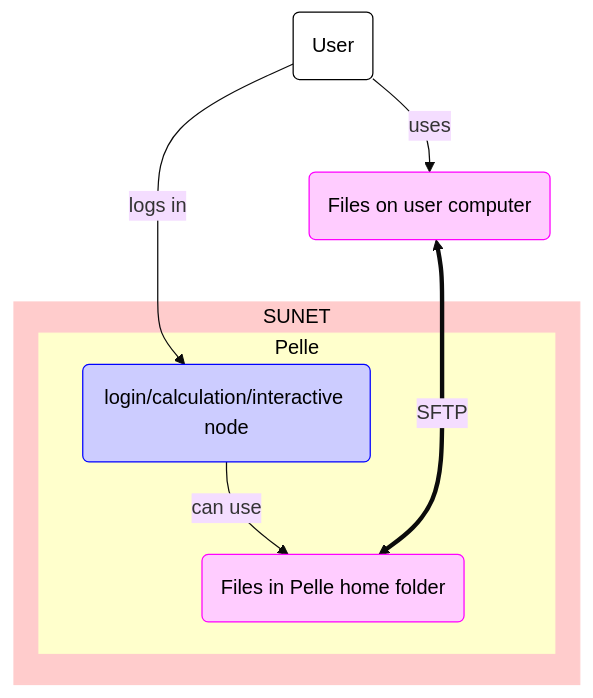
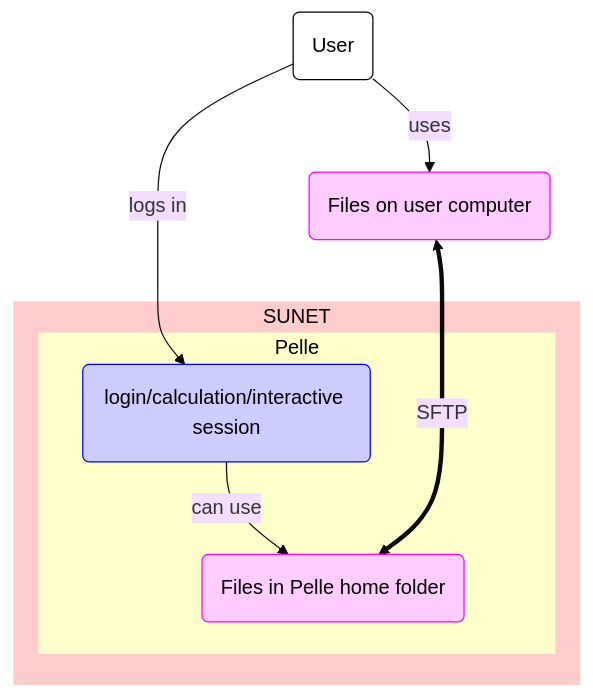
Before and after one commit to UPPMAX/UPPMAX-documentation: the diagram in docs/software/pelle_file_transfer_using_sftp.md, drawn with Mermaid (base theme). The commit also changed 22 other files, not shown here.

Commit message:
Use 'interactive session', #155

````diff
--- a/docs/software/pelle_file_transfer_using_sftp.md
+++ b/docs/software/pelle_file_transfer_using_sftp.md
@@ -56,36 +56,36 @@
 ```mermaid
 flowchart TD
 
     %% Give a white background to all nodes, instead of a transparent one
     classDef node fill:#fff,color:#000,stroke:#000
 
     %% Graph nodes for files and calculations
     classDef file_node fill:#fcf,color:#000,stroke:#f0f
     classDef calculation_node fill:#ccf,color:#000,stroke:#00f
 
     user(User)
       user_local_files(Files on user computer):::file_node
 
     subgraph sub_inside[SUNET]
       subgraph sub_pelle_shared_env[Pelle]
-          login_node(login/calculation/interactive node):::calculation_node
+          login_node(login/calculation/interactive session):::calculation_node
           files_in_pelle_home(Files in Pelle home folder):::file_node
       end
     end
 
     %% Shared subgraph color scheme
     %% style sub_outside fill:#ccc,color:#000,stroke:#ccc
     style sub_inside fill:#fcc,color:#000,stroke:#fcc
     style sub_pelle_shared_env fill:#ffc,color:#000,stroke:#ffc
 
     user --> |logs in |login_node
     user --> |uses| user_local_files
 
     login_node --> |can use|files_in_pelle_home
     %% user_local_files <--> |graphical tool|files_in_pelle_home
     %% user_local_files <--> |SCP|files_in_pelle_home
     user_local_files <==> |SFTP|files_in_pelle_home
 
     %% Aligns nodes prettier
     user_local_files ~~~ login_node
 ```
````
